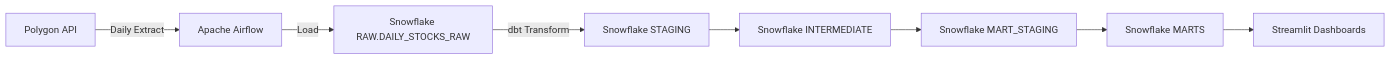
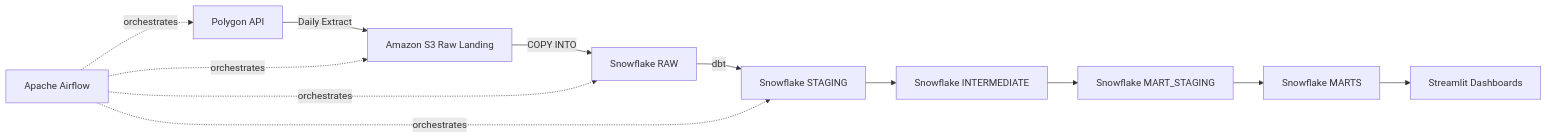
The first of 2 diagrams in README.md (KevDev7/stock_market_data_pipeline), drawn with Mermaid before and after one commit. The commit also changed other lines of this file and 13 other files, not shown here.

Commit message:
Add S3 raw landing and Snowflake integration

````diff
--- a/README.md
+++ b/README.md
@@ -13,10 +13,14 @@
 ```mermaid
 graph LR
-    A[Polygon API] -->|Daily Extract| B[Apache Airflow]
-    B -->|Load| C[Snowflake RAW.DAILY_STOCKS_RAW]
-    C -->|dbt Transform| D[Snowflake STAGING]
+    A[Polygon API] -->|Daily Extract| B[Amazon S3 Raw Landing]
+    B -->|COPY INTO| C[Snowflake RAW]
+    C -->|dbt| D[Snowflake STAGING]
     D --> E[Snowflake INTERMEDIATE]
     E --> F[Snowflake MART_STAGING]
     F --> G[Snowflake MARTS]
     G --> H[Streamlit Dashboards]
+    I[Apache Airflow] -. orchestrates .-> A
+    I -. orchestrates .-> B
+    I -. orchestrates .-> C
+    I -. orchestrates .-> D
 ```
````
